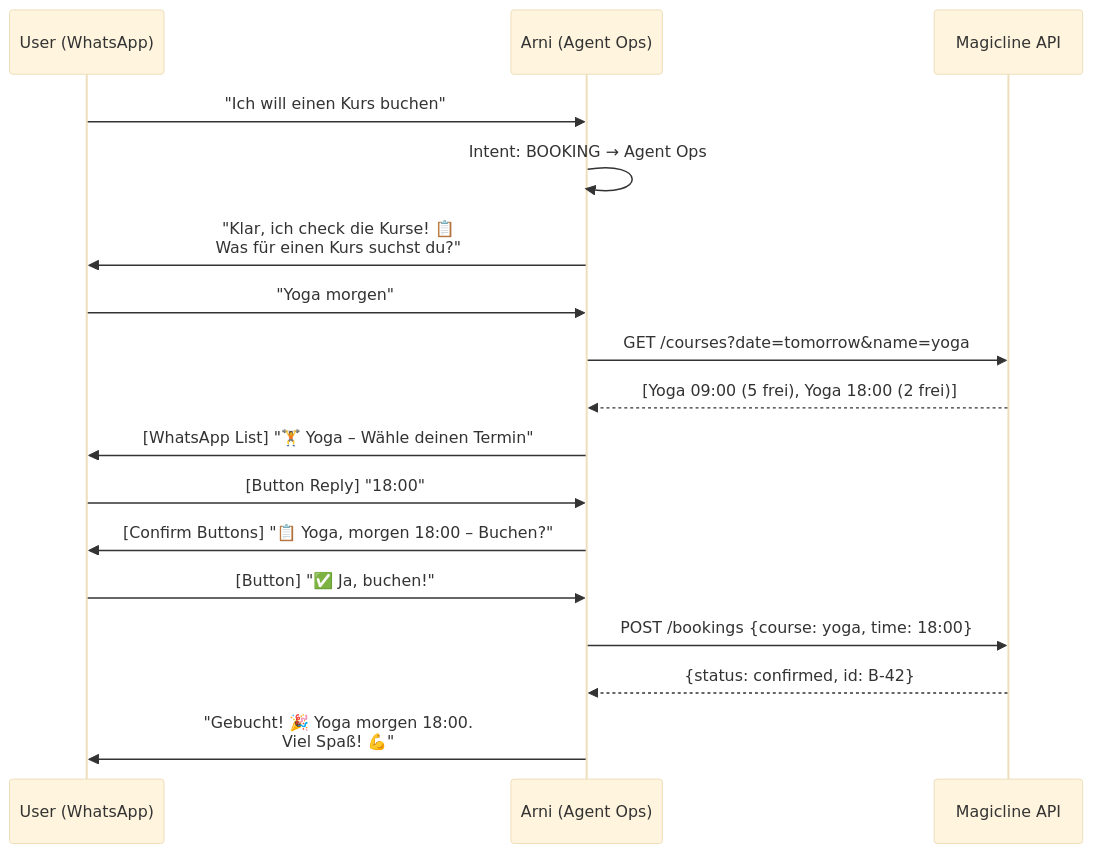
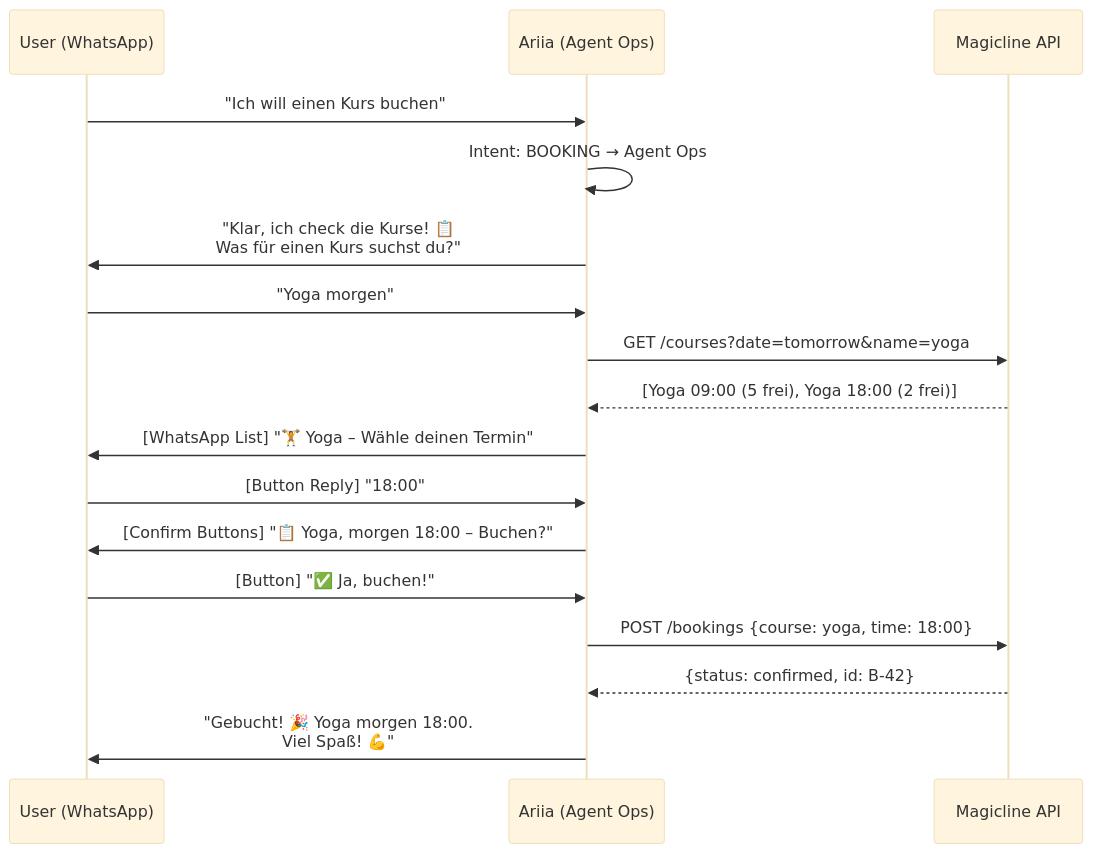
Before and after one commit to DamienDrash/arni: the first of 3 diagrams in docs/specs/CONVERSATION_FLOWS.md, drawn with Mermaid (base theme). The commit also changed other lines of this file and 234 other files, not shown here.

Commit message:
rebranding: complete migration from ARNI to ARIIA and fix typos

````diff
--- a/docs/specs/CONVERSATION_FLOWS.md
+++ b/docs/specs/CONVERSATION_FLOWS.md
@@ -9,26 +9,26 @@
 ```mermaid
 sequenceDiagram
     participant U as User (WhatsApp)
-    participant A as Arni (Agent Ops)
+    participant A as Ariia (Agent Ops)
     participant M as Magicline API
 
     U->>A: "Ich will einen Kurs buchen"
     A->>A: Intent: BOOKING → Agent Ops
 
     A->>U: "Klar, ich check die Kurse! 📋<br/>Was für einen Kurs suchst du?"
 
     U->>A: "Yoga morgen"
     A->>M: GET /courses?date=tomorrow&name=yoga
     M-->>A: [Yoga 09:00 (5 frei), Yoga 18:00 (2 frei)]
 
     A->>U: [WhatsApp List] "🏋️ Yoga – Wähle deinen Termin"
 
     U->>A: [Button Reply] "18:00"
     A->>U: [Confirm Buttons] "📋 Yoga, morgen 18:00 – Buchen?"
 
     U->>A: [Button] "✅ Ja, buchen!"
     A->>M: POST /bookings {course: yoga, time: 18:00}
     M-->>A: {status: confirmed, id: B-42}
 
     A->>U: "Gebucht! 🎉 Yoga morgen 18:00.<br/>Viel Spaß! 💪"
 ```
````
